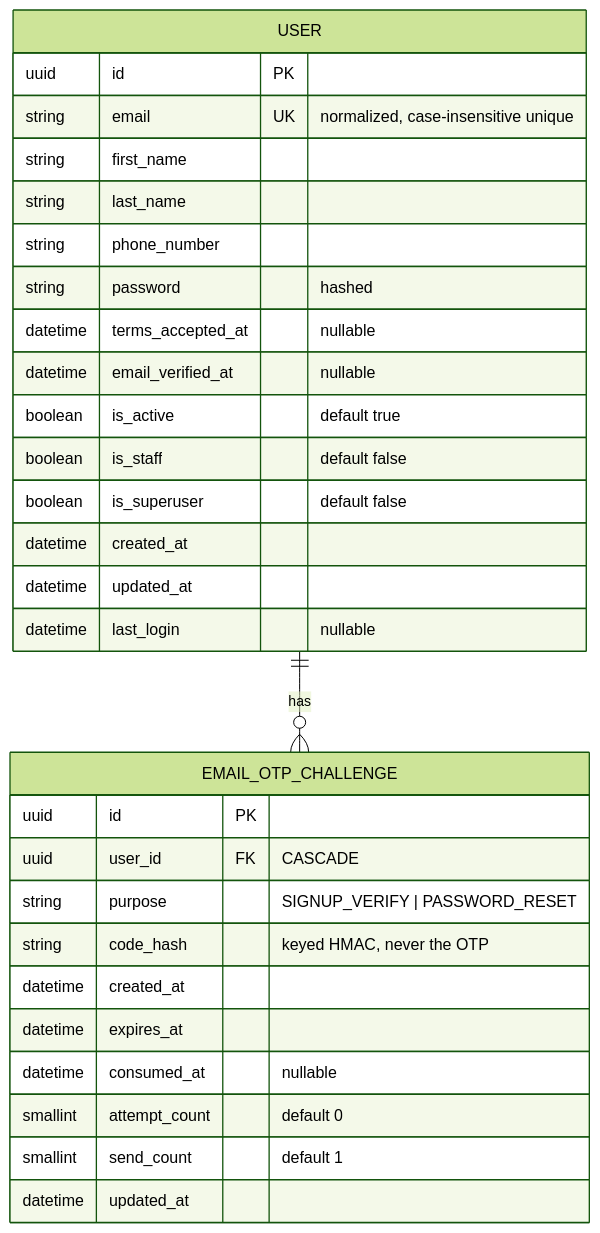
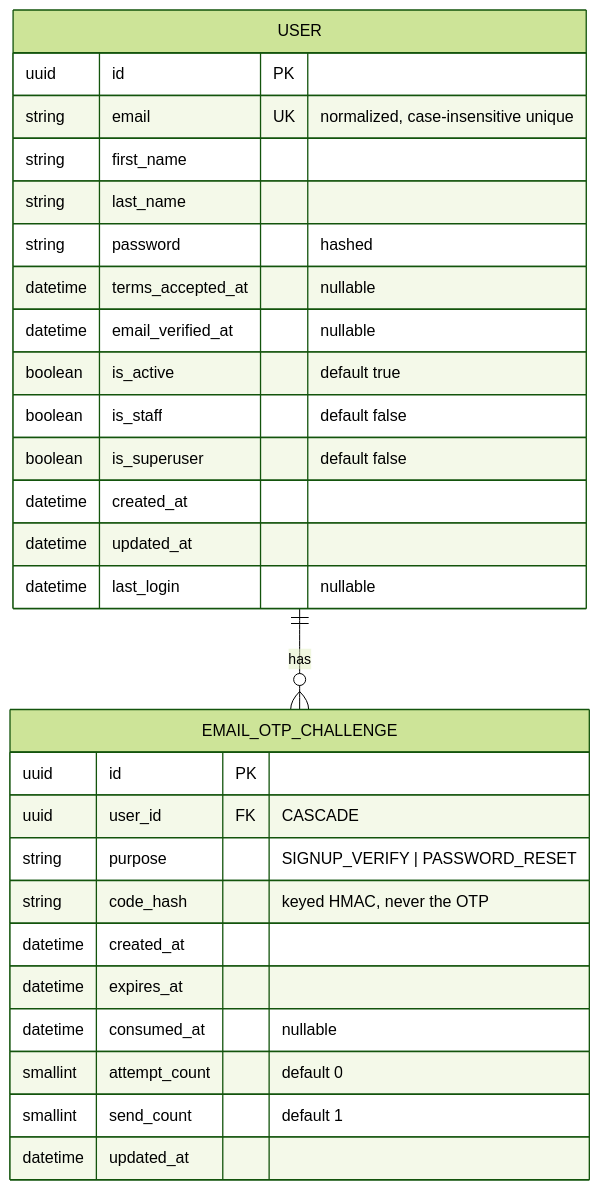
One commit to jisnasree/BookBloom changed the diagram in docs/features/authentication/database-architecture.md. Above: the diagram before and after it, drawn with Mermaid (forest theme). The commit also changed other lines of this file and 24 other files, not shown here.

````diff
--- a/docs/features/authentication/database-architecture.md
+++ b/docs/features/authentication/database-architecture.md
@@ -5,34 +5,33 @@
 ```mermaid
 erDiagram
     USER ||--o{ EMAIL_OTP_CHALLENGE : "has"
 
     USER {
         uuid id PK
         string email UK "normalized, case-insensitive unique"
         string first_name
         string last_name
-        string phone_number
         string password "hashed"
         datetime terms_accepted_at "nullable"
         datetime email_verified_at "nullable"
         boolean is_active "default true"
         boolean is_staff "default false"
         boolean is_superuser "default false"
         datetime created_at
         datetime updated_at
         datetime last_login "nullable"
     }
 
     EMAIL_OTP_CHALLENGE {
         uuid id PK
         uuid user_id FK "CASCADE"
         string purpose "SIGNUP_VERIFY | PASSWORD_RESET"
         string code_hash "keyed HMAC, never the OTP"
         datetime created_at
         datetime expires_at
         datetime consumed_at "nullable"
         smallint attempt_count "default 0"
         smallint send_count "default 1"
         datetime updated_at
     }
 ```
````
